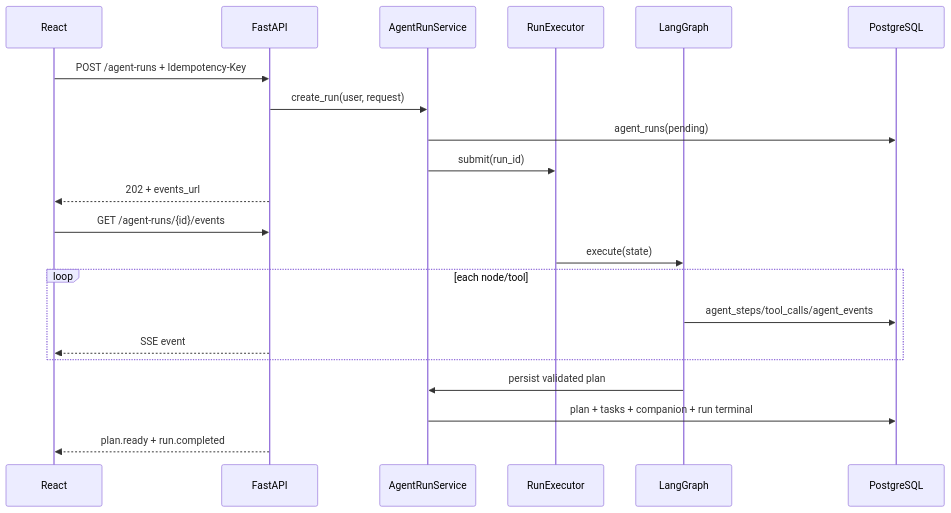
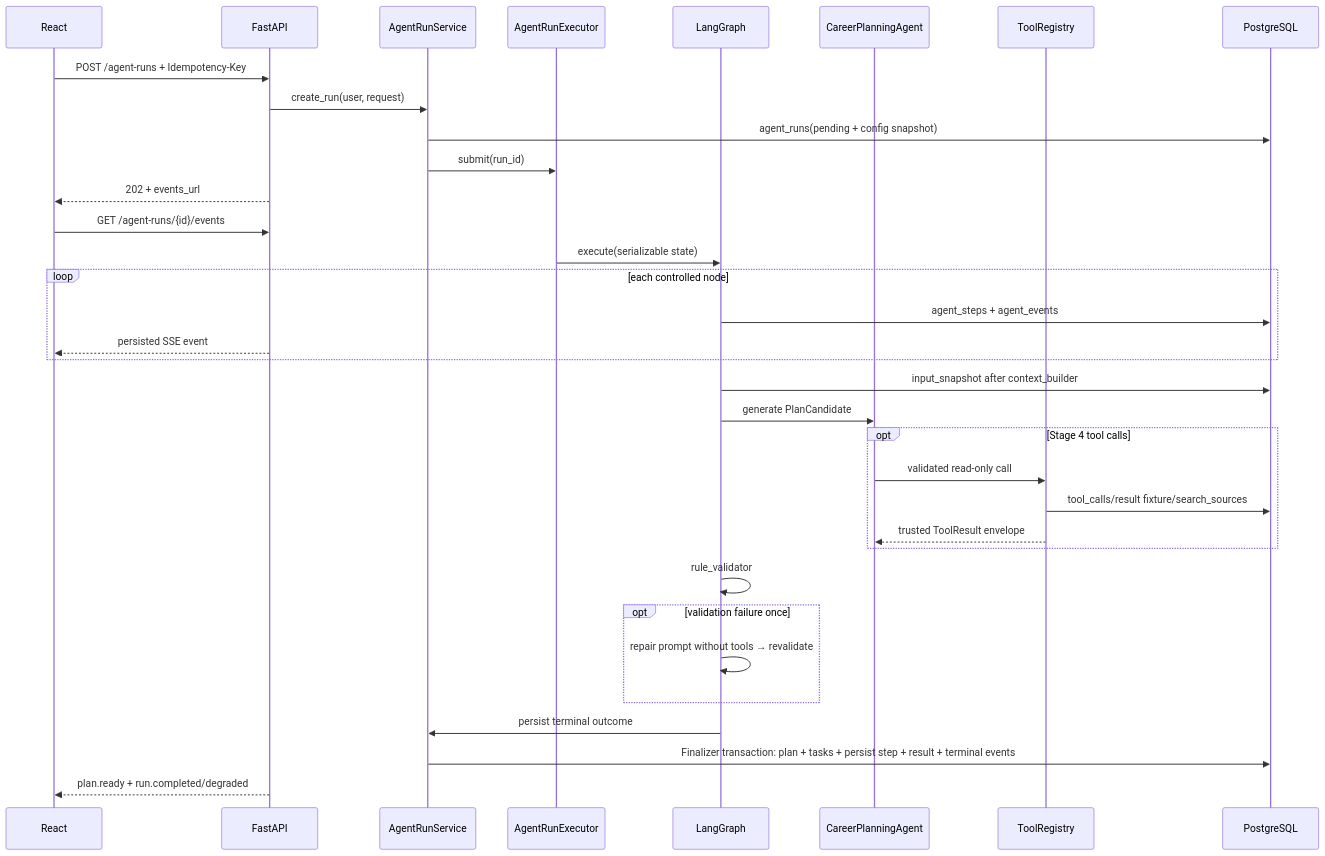
The diagram in docs/model-design/feature-flows/02-plan-run.md (lyyjsr/career-planning-buddy), drawn with Mermaid before and after one commit. The commit also changed other lines of this file and 73 other files, not shown here.

````diff
--- a/docs/model-design/feature-flows/02-plan-run.md
+++ b/docs/model-design/feature-flows/02-plan-run.md
@@ -3,23 +3,36 @@
 ```mermaid
 sequenceDiagram
     participant FE as React
     participant API as FastAPI
     participant SVC as AgentRunService
-    participant EX as RunExecutor
+    participant EX as AgentRunExecutor
     participant G as LangGraph
+    participant A as CareerPlanningAgent
+    participant T as ToolRegistry
     participant DB as PostgreSQL
     FE->>API: POST /agent-runs + Idempotency-Key
     API->>SVC: create_run(user, request)
-    SVC->>DB: agent_runs(pending)
+    SVC->>DB: agent_runs(pending + config snapshot)
     SVC->>EX: submit(run_id)
     API-->>FE: 202 + events_url
     FE->>API: GET /agent-runs/{id}/events
-    EX->>G: execute(state)
-    loop each node/tool
-      G->>DB: agent_steps/tool_calls/agent_events
-      API-->>FE: SSE event
+    EX->>G: execute(serializable state)
+    loop each controlled node
+      G->>DB: agent_steps + agent_events
+      API-->>FE: persisted SSE event
     end
-    G->>SVC: persist validated plan
-    SVC->>DB: plan + tasks + companion + run terminal
-    API-->>FE: plan.ready + run.completed
+    G->>DB: input_snapshot after context_builder
+    G->>A: generate PlanCandidate
+    opt Stage 4 tool calls
+      A->>T: validated read-only call
+      T->>DB: tool_calls/result fixture/search_sources
+      T-->>A: trusted ToolResult envelope
+    end
+    G->>G: rule_validator
+    opt validation failure once
+      G->>G: repair prompt without tools → revalidate
+    end
+    G->>SVC: persist terminal outcome
+    SVC->>DB: Finalizer transaction: plan + tasks + persist step + result + terminal events
+    API-->>FE: plan.ready + run.completed/degraded
 ```
````
